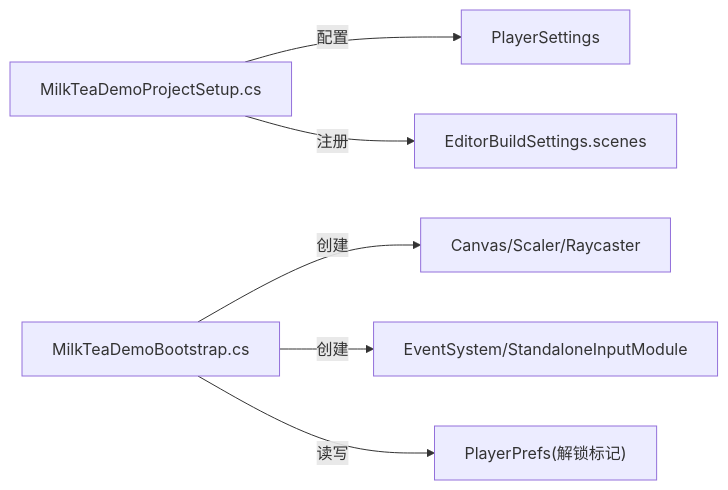
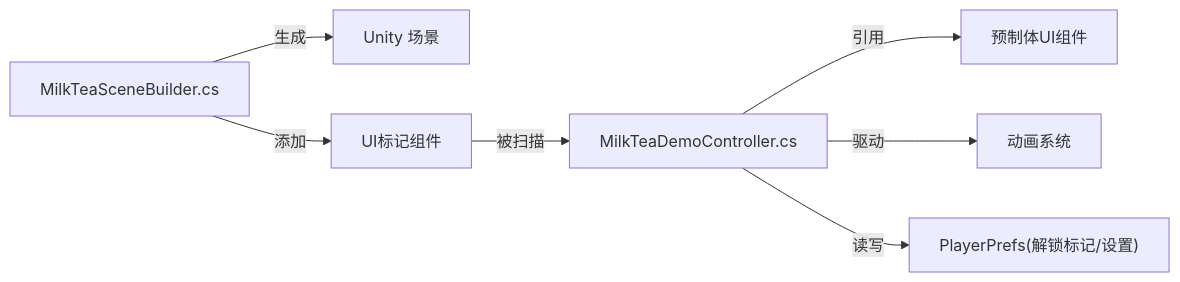
Before and after one commit to Thanatos42/-demo: the sixth of 6 diagrams in .qoder/repowiki/zh/content/扩展开发指南.md, drawn with Mermaid. The commit also changed other lines of this file and 56 other files, not shown here.

````diff
--- a/.qoder/repowiki/zh/content/扩展开发指南.md
+++ b/.qoder/repowiki/zh/content/扩展开发指南.md
@@ -195,8 +209,9 @@
 ```mermaid
 graph LR
-Setup["MilkTeaDemoProjectSetup.cs"] --> |配置| PlayerSettings["PlayerSettings"]
-Setup --> |注册| BuildSettings["EditorBuildSettings.scenes"]
-Bootstrap["MilkTeaDemoBootstrap.cs"] --> |创建| Canvas["Canvas/Scaler/Raycaster"]
-Bootstrap --> |创建| EventSystem["EventSystem/StandaloneInputModule"]
-Bootstrap --> |读写| PlayerPrefs["PlayerPrefs(解锁标记)"]
+Builder["MilkTeaSceneBuilder.cs"] --> |生成| Scene["Unity 场景"]
+Builder --> |添加| Markers["UI标记组件"]
+Controller["MilkTeaDemoController.cs"] --> |引用| UIComponents["预制体UI组件"]
+Controller --> |驱动| Animation["动画系统"]
+Controller --> |读写| PlayerPrefs["PlayerPrefs(解锁标记/设置)"]
+Markers --> |被扫描| Controller
 ```
````
